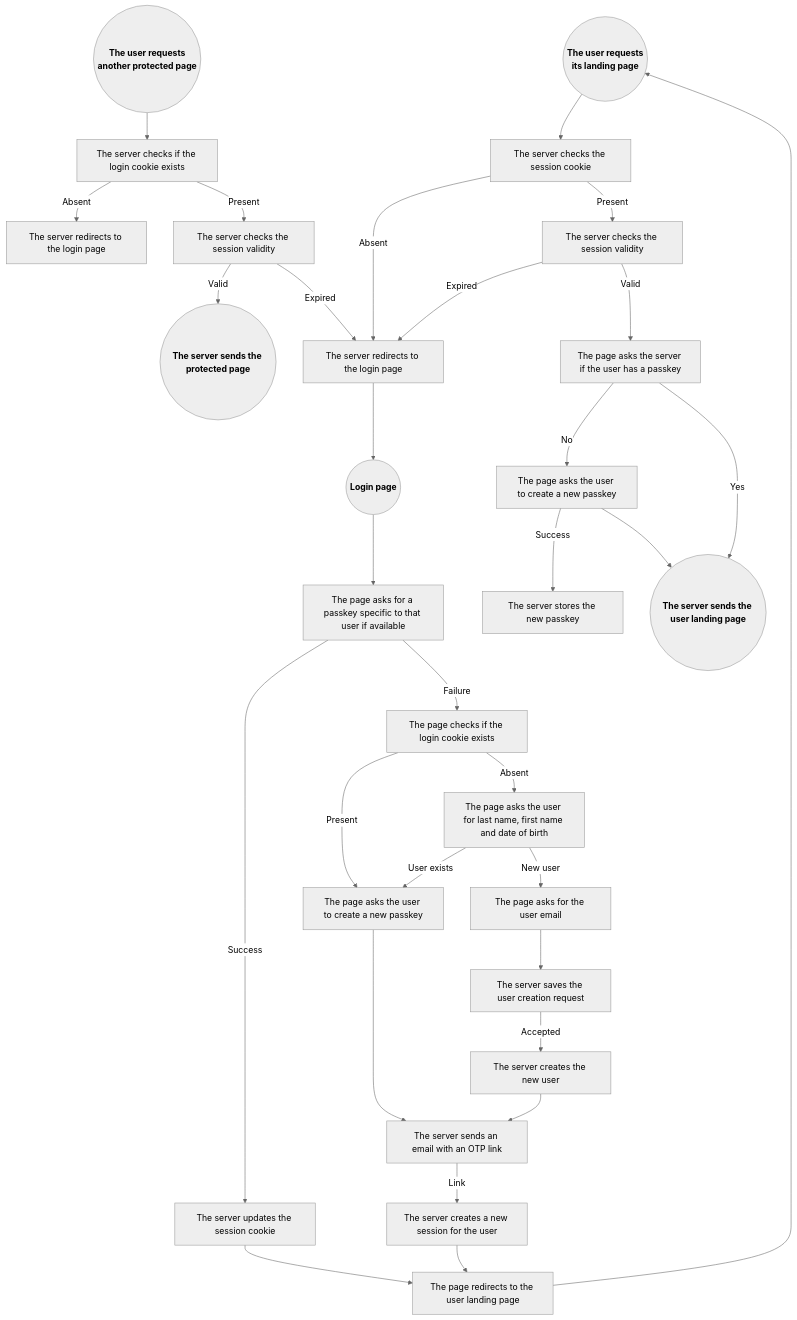
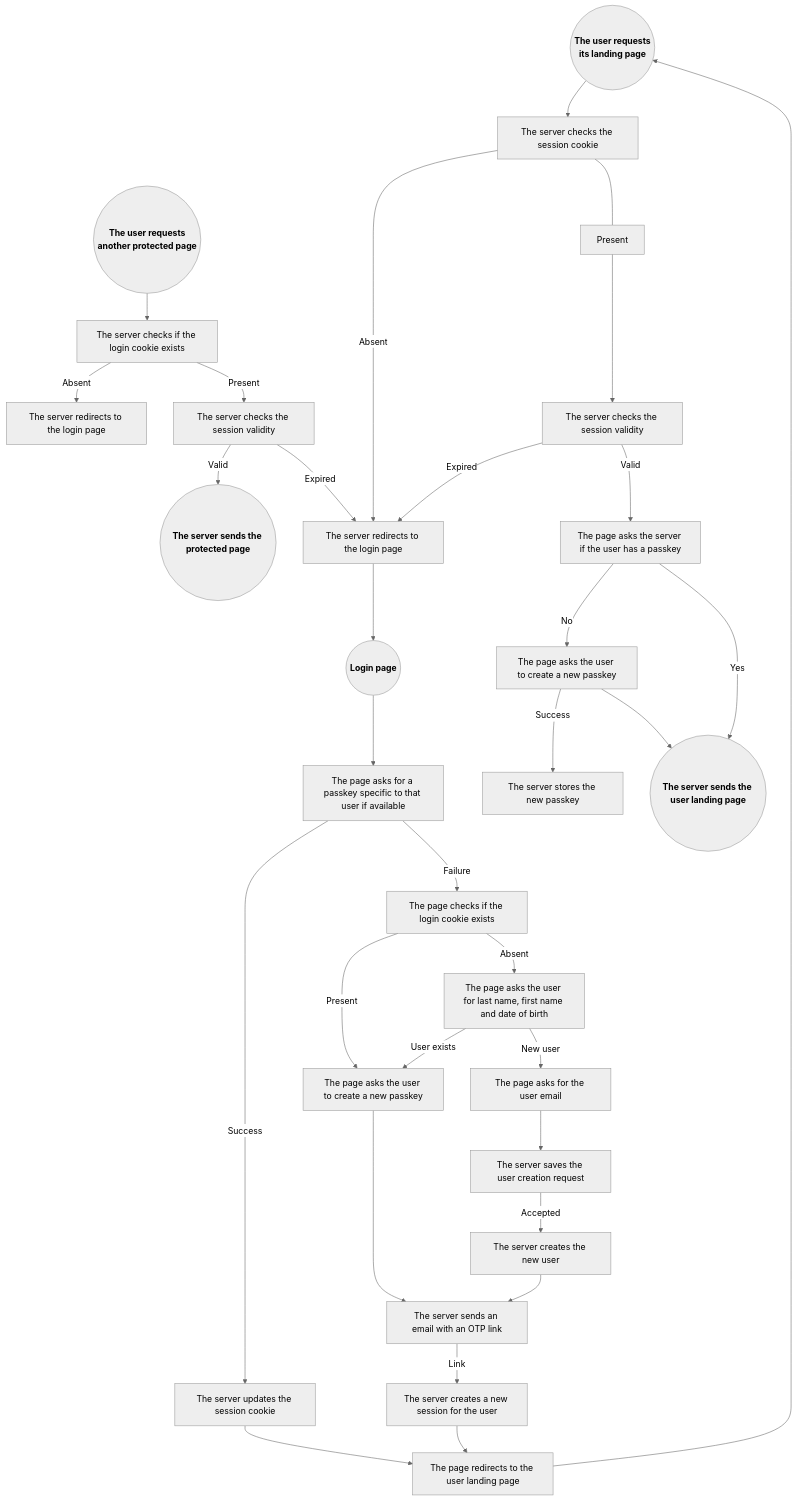
The diagram in README.md (programingjd/tiered_server), drawn with Mermaid (neutral theme) before and after one commit.

````diff
--- a/README.md
+++ b/README.md
@@ -123,40 +123,40 @@
 ```mermaid
 graph TD;
   UserLandingPageRequest(("<b>The user requests<br>its landing page</b>"))
   ProtectedPageRequest(("<b>The user requests<br>another protected page</b>"))
   LoginPageRequest(("<b>Login page</b>"))
   
   ProtectedPageRequest-->QueryCookie1[The server checks if the login cookie exists]
   QueryCookie1-->|Absent|LoginPageRedirect1[The server redirects to the login page]
   QueryCookie1-->|Present|CheckSessionValidity1[The server checks the session validity]
   CheckSessionValidity1-->|Valid|ProtectedPageResponse(("<b>The server sends the protected page<b>"))
   CheckSessionValidity1-->|Expired|LoginPageRedirect
 
   UserLandingPageRequest-->QueryCookie2[The server checks the session cookie]
   QueryCookie2--Absent-->LoginPageRedirect[The server redirects to the login page]
-  QueryCookie2--Present-->CheckSessionValidity2[The server checks the session validity]
+  QueryCookie2---Present--->CheckSessionValidity2[The server checks the session validity]
   CheckSessionValidity2-->|Expired|LoginPageRedirect
   CheckSessionValidity2-->|Valid|QueryExistingPasskey2[The page asks the server if the user has a passkey]
   QueryExistingPasskey2-->|No|NewPasskeyPrompt2[The page asks the user to create a new passkey]
   QueryExistingPasskey2-->|Yes|UserLandingPageResponse(("<b>The server sends the user landing page<b>"))
   NewPasskeyPrompt2-->|Success|NewPasskeyStore2[The server stores the new passkey]
   NewPasskeyPrompt2-->UserLandingPageResponse
 
   LoginPageRequest-->QueryPasskey[The page asks for a passkey specific to that user if available]
   QueryPasskey-->|Success|SessionCookieUpdate[The server updates the session cookie]
   SessionCookieUpdate-->UserLandingPageRedirect[The page redirects to the user landing page]
   QueryPasskey-->|Failure|QueryCookie3[The page checks if the login cookie exists]
   QueryCookie3-->|Present|NewPasskeyPrompt3[The page asks the user to create a new passkey]
   QueryCookie3-->|Absent|UserForm[The page asks the user for last name, first name and date of birth]
   UserForm-->|User exists|NewPasskeyPrompt3
   NewPasskeyPrompt3-->EmailOTP[The server sends an email with an OTP link]
   EmailOTP-->|Link|NewSession[The server creates a new session for the user]
   NewSession-->UserLandingPageRedirect
   UserForm-->|New user|NewUser[The page asks for the user email]
   NewUser-->UserModeration[The server saves the user creation request]
   UserModeration-->|Accepted|UserCreation[The server creates the new user]
   UserCreation-->EmailOTP
   
   UserLandingPageRedirect-->UserLandingPageRequest
   LoginPageRedirect-->LoginPageRequest
 ```
````
